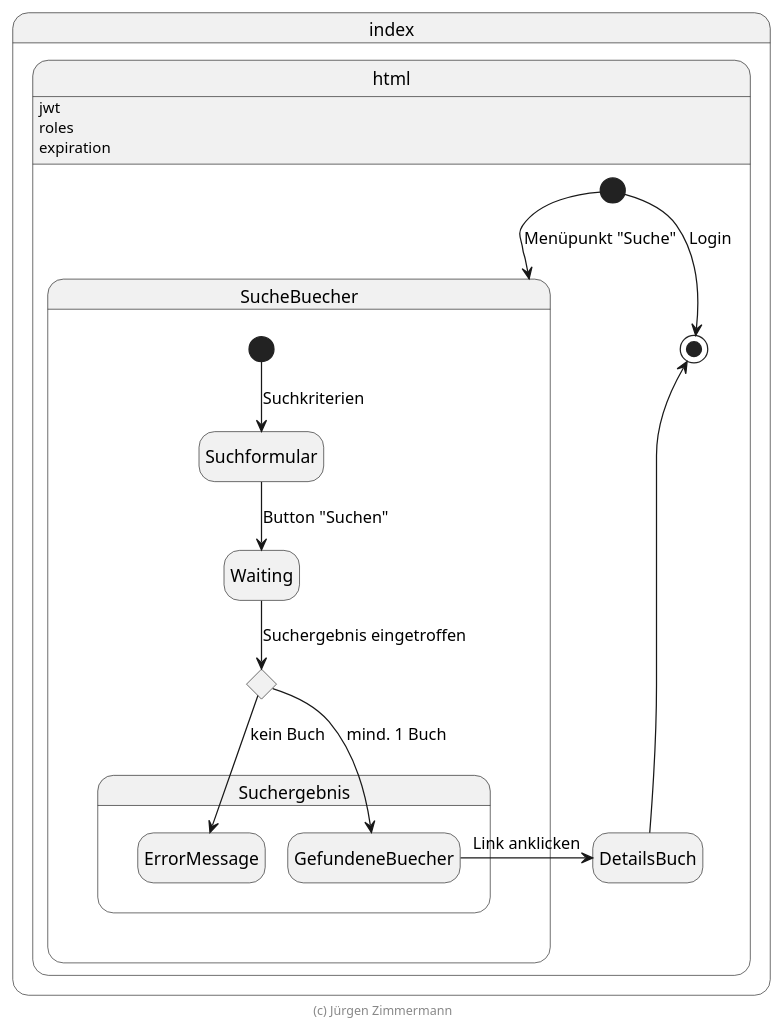
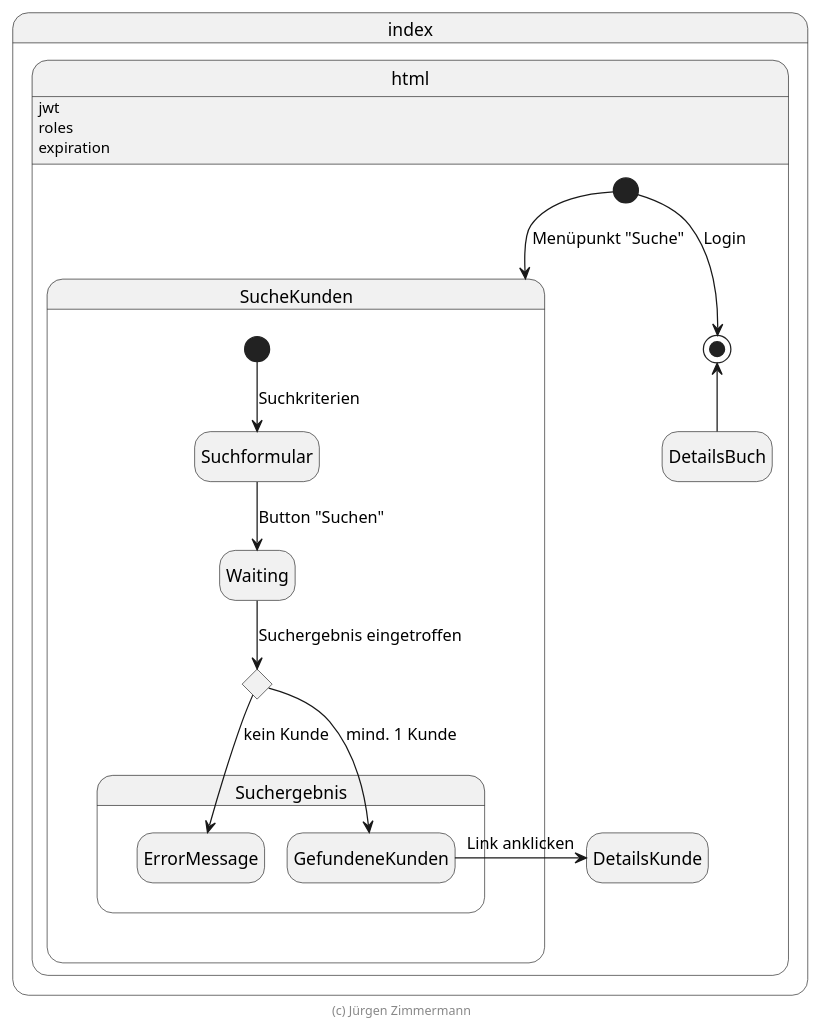
One commit to Vertiquo/SWE-Gruppe8-Abg2 changed the diagram in extras/doc/page-flow-gast.zustandsdiagramm.plantuml. Above: the diagram before and after it, drawn with PlantUML. The commit also changed 6 other files, not shown here.

Commit message:
Update class diagrams and state diagrams

```diff
--- a/extras/doc/page-flow-gast.zustandsdiagramm.plantuml
+++ b/extras/doc/page-flow-gast.zustandsdiagramm.plantuml
@@ -20,36 +20,36 @@
 @startuml Zustandsdiagramm
 
 hide empty description
 
 state index.html {
     index.html: jwt
     index.html: roles
     index.html: expiration
 
     [*] --> [*]: Login
 
-    state SucheBuecher {
+    state SucheKunden {
         [*] --> Suchformular: Suchkriterien
         Suchformular --> Waiting: Button "Suchen"
         state SuchergebnisChoice <<choice>>
         Waiting --> SuchergebnisChoice: Suchergebnis eingetroffen
 
         state Suchergebnis {
-            SuchergebnisChoice --> GefundeneBuecher: mind. 1 Buch
-            SuchergebnisChoice --> ErrorMessage: kein Buch
+            SuchergebnisChoice --> GefundeneKunden: mind. 1 Kunde
+            SuchergebnisChoice --> ErrorMessage: kein Kunde
 
-            ErrorMessage -right[hidden]-> GefundeneBuecher
+            ErrorMessage -right[hidden]-> GefundeneKunden
         }
     }
 
-    [*] -down-> SucheBuecher: Menüpunkt "Suche"
-    GefundeneBuecher -right-> DetailsBuch: Link anklicken
+    [*] -down-> SucheKunden: Menüpunkt "Suche"
+    GefundeneKunden -right-> DetailsKunde: Link anklicken
     DetailsBuch -up-> [*]
 
-    Suchergebnis -right[hidden]-> DetailsBuch
-    SucheBuecher -right[hidden]-> DetailsBuch
+    Suchergebnis -right[hidden]-> DetailsKunde
+    SucheKunden -right[hidden]-> DetailsKunde
 }
 
 footer (c) Jürgen Zimmermann
 
 @enduml
```
